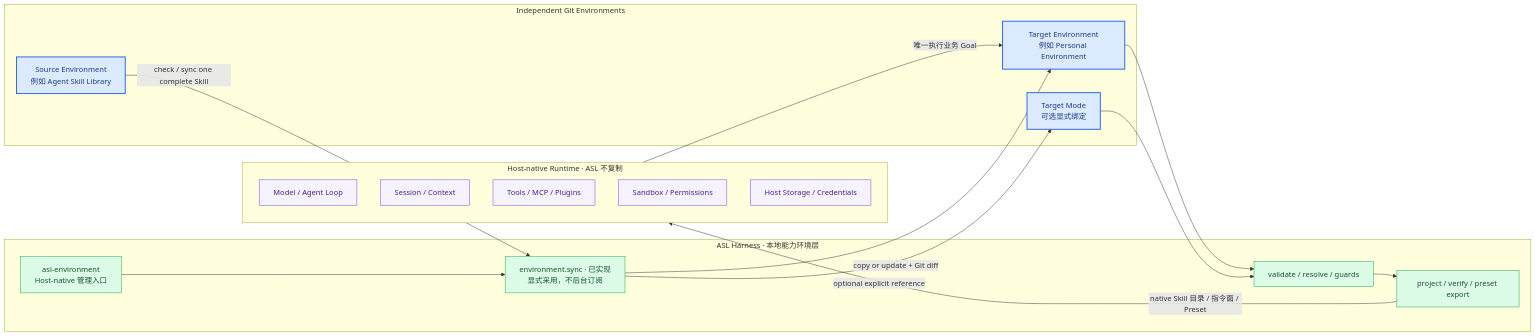
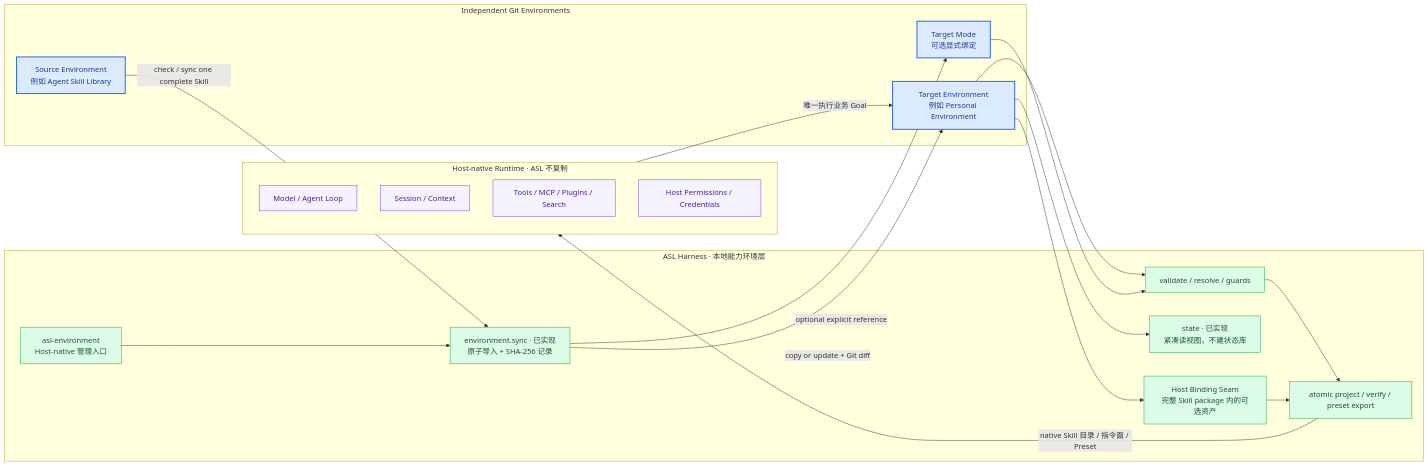
The fourth of 15 diagrams in docs/asl-architecture-views.md (qihangzhang-272/asl-harness), drawn with Mermaid before and after one commit. The commit also changed other lines of this file and 11 other files, not shown here.

````diff
--- a/docs/asl-architecture-views.md
+++ b/docs/asl-architecture-views.md
@@ -339,40 +329,44 @@
 ```mermaid
 flowchart LR
     subgraph HOST["Host-native Runtime · ASL 不复制"]
         LOOP["Model / Agent Loop"]
         SESSION["Session / Context"]
-        TOOLS["Tools / MCP / Plugins"]
-        SANDBOX["Sandbox / Permissions"]
-        STATE["Host Storage / Credentials"]
+        TOOLS["Tools / MCP / Plugins / Search"]
+        AUTH["Host Permissions / Credentials"]
     end
 
     subgraph ASL["ASL Harness · 本地能力环境层"]
         VALIDATE["validate / resolve / guards"]
-        SYNC["environment.sync · 已实现<br/>显式采用，不后台订阅"]
-        PROJECT["project / verify / preset export"]
+        STATE["state · 已实现<br/>紧凑读视图，不建状态库"]
+        SYNC["environment.sync · 已实现<br/>原子导入 + SHA-256 记录"]
+        PROJECT["atomic project / verify / preset export"]
+        PORT["Host Binding Seam<br/>完整 Skill package 内的可选资产"]
         STEWARD["asl-environment<br/>Host-native 管理入口"]
     end
 
     subgraph ENVS["Independent Git Environments"]
         SOURCE["Source Environment<br/>例如 Agent Skill Library"]
         TARGET["Target Environment<br/>例如 Personal Environment"]
         MODE["Target Mode<br/>可选显式绑定"]
     end
 
     SOURCE -->|check / sync one complete Skill| SYNC
     SYNC -->|copy or update + Git diff| TARGET
     SYNC -->|optional explicit reference| MODE
     TARGET --> VALIDATE --> PROJECT
+    TARGET --> STATE
     MODE --> VALIDATE
     STEWARD --> SYNC
     PROJECT -->|native Skill 目录 / 指令面 / Preset| HOST
+    PORT --> PROJECT
+    TARGET --> PORT
     HOST -->|唯一执行业务 Goal| TARGET
 
     classDef native fill:#f5f3ff,stroke:#7c3aed,color:#4c1d95;
     classDef done fill:#dcfce7,stroke:#16a34a,color:#14532d;
     classDef optimize fill:#ffedd5,stroke:#ea580c,color:#7c2d12;
     classDef truth fill:#dbeafe,stroke:#2563eb,color:#1e3a8a,stroke-width:2px;
-    class LOOP,SESSION,TOOLS,SANDBOX,STATE native;
-    class VALIDATE,SYNC,PROJECT,STEWARD done;
+    class LOOP,SESSION,TOOLS,AUTH native;
+    class VALIDATE,STATE,SYNC,PROJECT,PORT,STEWARD done;
     class SOURCE,TARGET,MODE truth;
 ```
````
